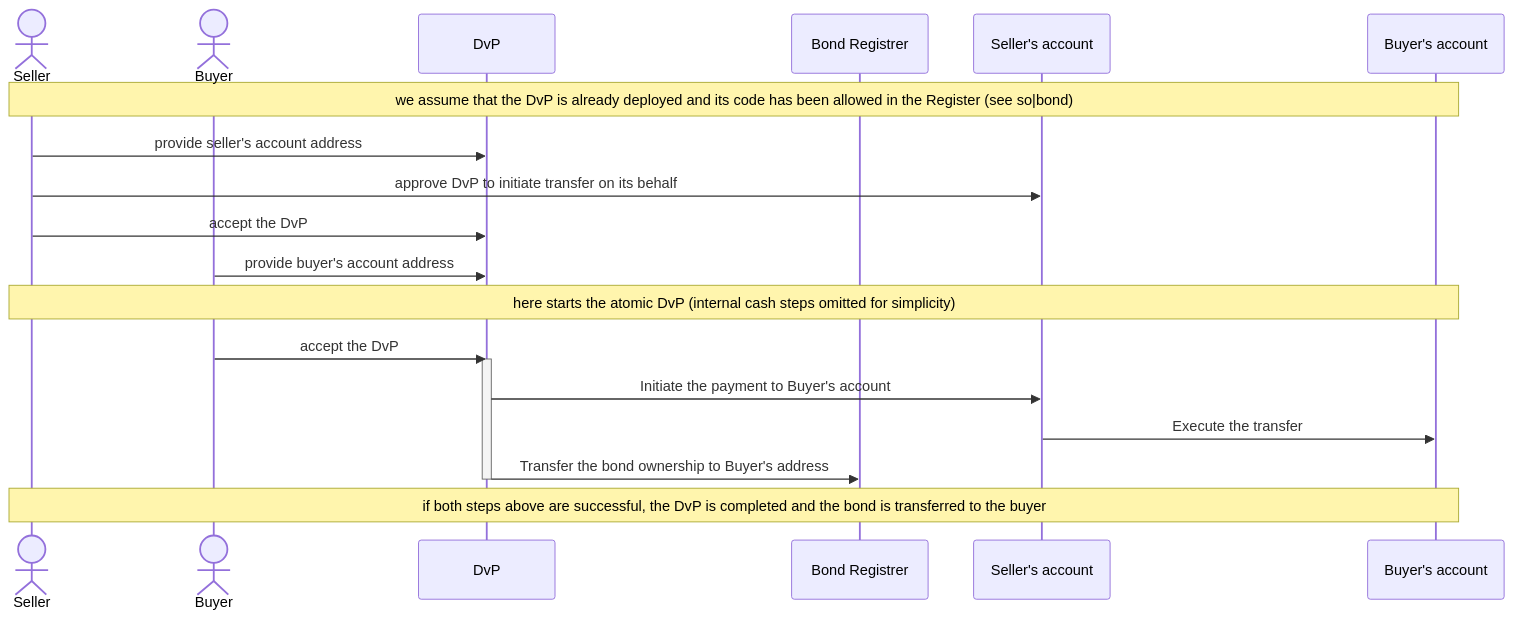
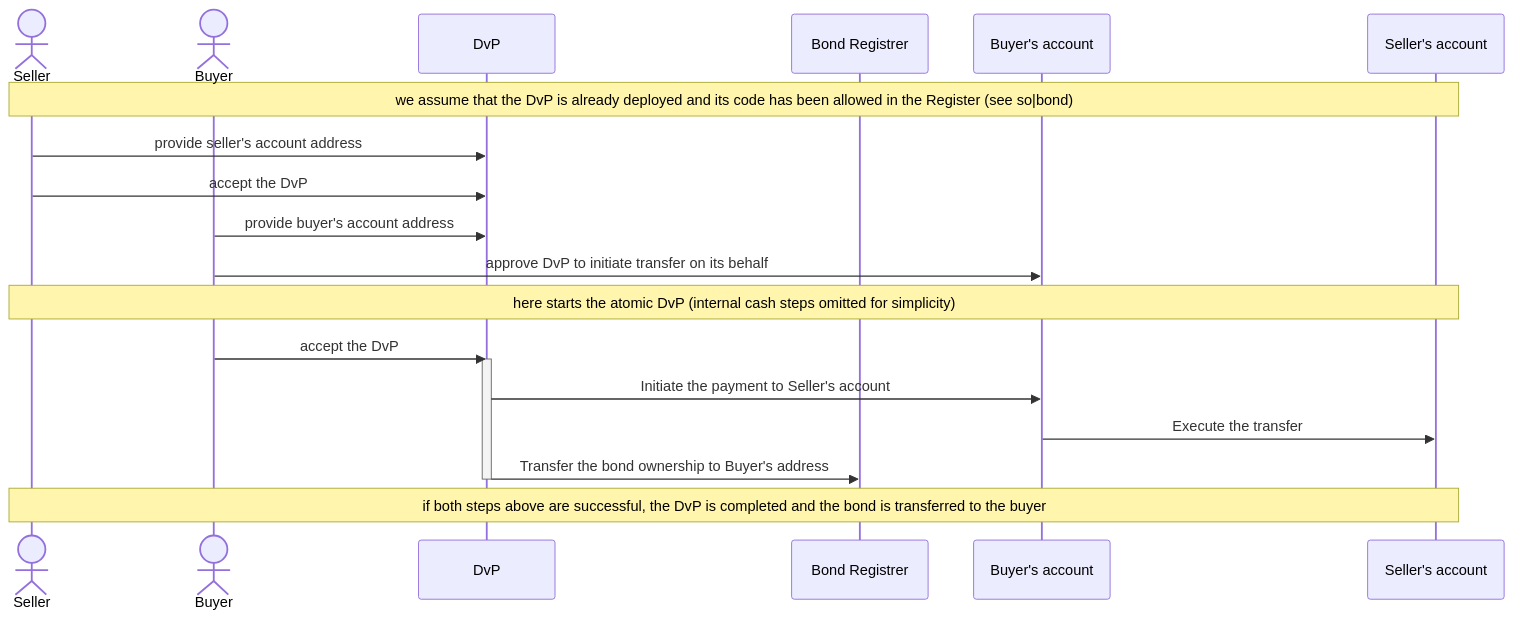
The fourth of 4 diagrams in profile/README.md (so-cash/.github), drawn with Mermaid before and after one commit.

Commit message:
Fix the DvP Diagram

````diff
--- a/profile/README.md
+++ b/profile/README.md
@@ -287,27 +287,27 @@
 ```mermaid
 sequenceDiagram;
   actor Seller as Seller;
   actor Buyer as Buyer; 
   participant DvP as DvP;
   participant Register as Bond Registrer;
+  participant BuyerAccount as Buyer's account;
   participant SellerAccount as Seller's account;
-  participant BuyerAccount as Buyer's account;
 
-  note over Seller,BuyerAccount: we assume that the DvP is already deployed and its code has been allowed in the Register (see so|bond)
+  note over Seller,SellerAccount: we assume that the DvP is already deployed and its code has been allowed in the Register (see so|bond)
 
   Seller->>DvP: provide seller's account address
-  Seller->>SellerAccount: approve DvP to initiate transfer on its behalf
   Seller->>DvP: accept the DvP
 
   Buyer->>DvP: provide buyer's account address
+  Buyer->>BuyerAccount: approve DvP to initiate transfer on its behalf
 
-  note over Seller,BuyerAccount: here starts the atomic DvP (internal cash steps omitted for simplicity)
+  note over Seller,SellerAccount: here starts the atomic DvP (internal cash steps omitted for simplicity)
   Buyer->>DvP: accept the DvP
   activate DvP
-  DvP->>SellerAccount: Initiate the payment to Buyer's account
-  SellerAccount->>BuyerAccount: Execute the transfer
+  DvP->>BuyerAccount: Initiate the payment to Seller's account
+  BuyerAccount->>SellerAccount: Execute the transfer
   DvP->>Register: Transfer the bond ownership to Buyer's address
   deactivate DvP
 
-  note over Seller,BuyerAccount: if both steps above are successful, the DvP is completed and the bond is transferred to the buyer
+  note over Seller,SellerAccount: if both steps above are successful, the DvP is completed and the bond is transferred to the buyer
 ```
````
